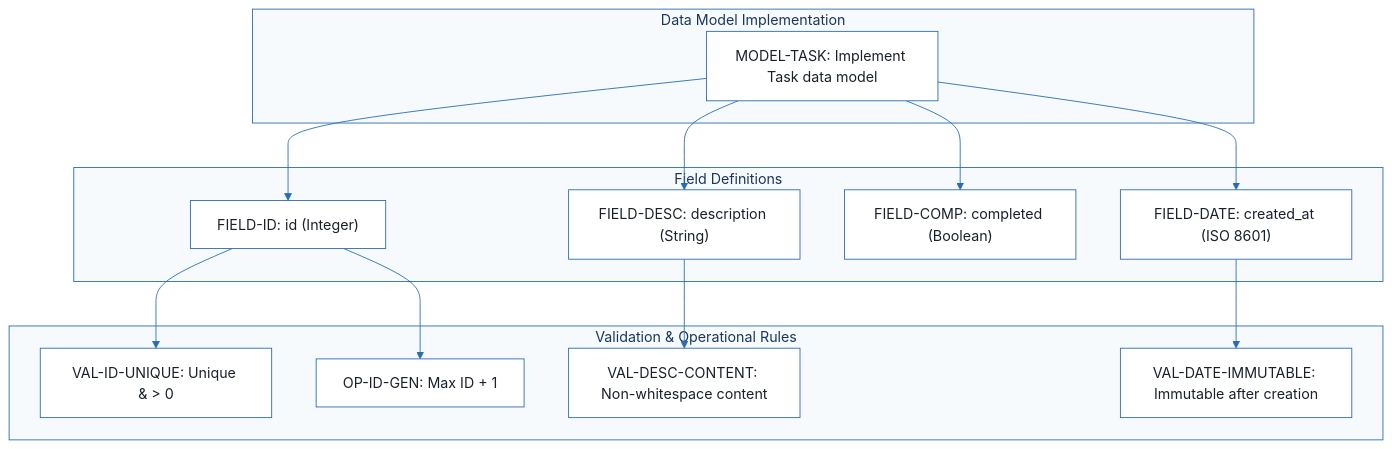
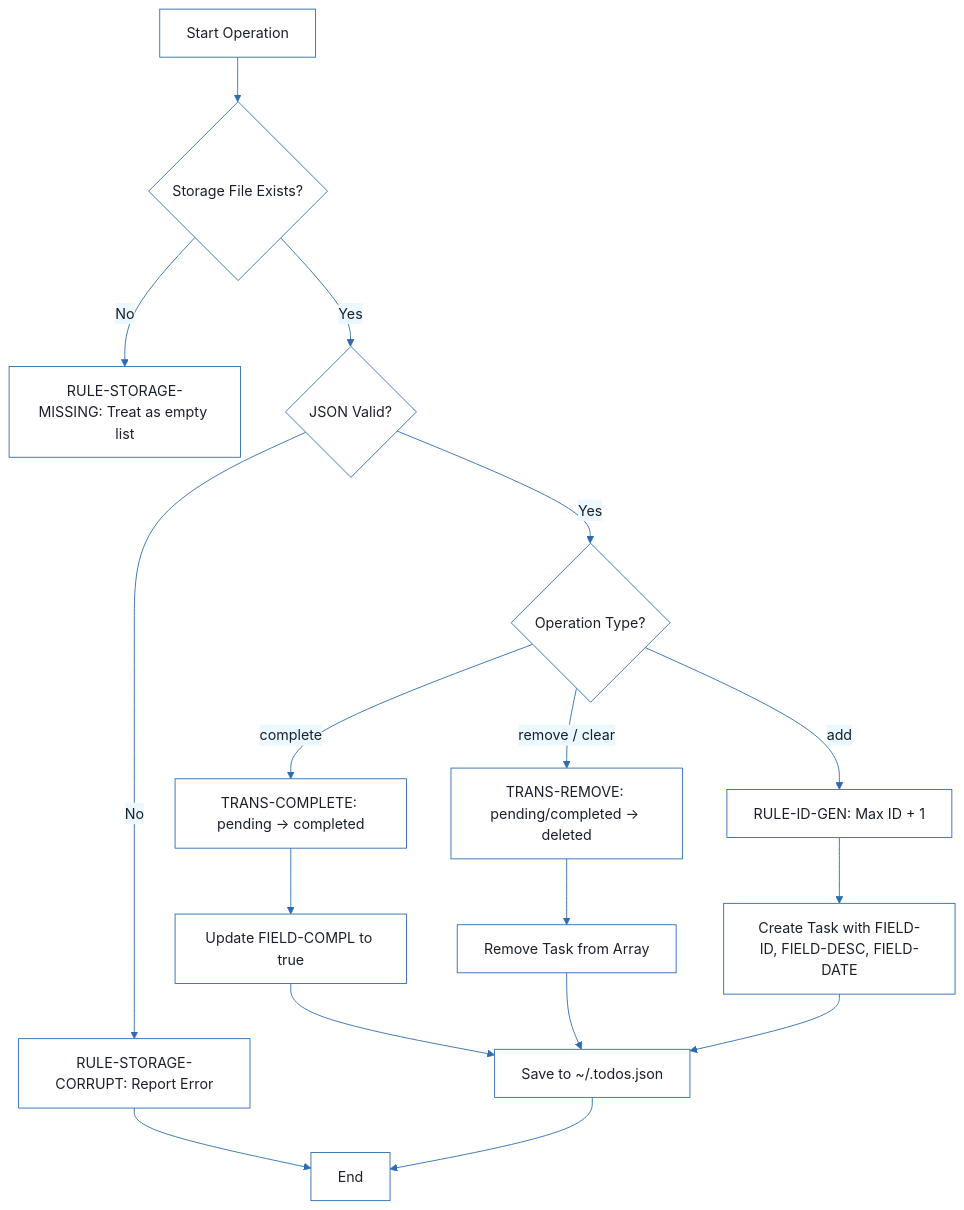
One commit to abir-ommezzine/extension-github-spec-kit changed the fifth of 7 diagrams in outputs/001-cli-todo-manager/markdowns/data-model_v1.0_doc.md. Above: the diagram before and after it, drawn with Mermaid. The commit also changed other lines of this file and 145 other files, not shown here.

````diff
--- a/outputs/001-cli-todo-manager/markdowns/data-model_v1.0_doc.md
+++ b/outputs/001-cli-todo-manager/markdowns/data-model_v1.0_doc.md
@@ -339,69 +379,62 @@
 ```mermaid
 %%{init: {
   'theme': 'base',
   'themeVariables': {
     'primaryColor': '#1A365D',
     'primaryTextColor': '#1A202C',
     'primaryBorderColor': '#2B6CB0',
     'lineColor': '#2B6CB0',
     'secondaryColor': '#EBF8FF',
     'tertiaryColor': '#EBF8FF',
     'background': '#FFFFFF',
     'mainBkg': '#FFFFFF',
     'secondBkg': '#EBF8FF',
     'tertiaryBkg': '#F7FAFC',
     'secondaryTextColor': '#4A5568',
     'fontSize': '16px',
     'fontFamily': 'Inter, system-ui, sans-serif',
     'nodePadding': '15px',
     'borderRadius': '8px',
     'edgeLabelBackground': '#EBF8FF',
     'clusterBkg': '#F7FAFC',
     'clusterBorder': '#2B6CB0',
     'defaultLinkColor': '#2B6CB0',
     'titleColor': '#1A365D',
     'actorBorder': '#2B6CB0',
     'actorBkg': '#EBF8FF',
     'actorTextColor': '#1A365D',
     'actorLineColor': '#2B6CB0',
     'signalColor': '#2B6CB0',
     'signalTextColor': '#1A202C',
     'labelBoxBorderColor': '#2B6CB0',
     'labelBoxBkgColor': '#EBF8FF',
     'labelTextColor': '#1A202C',
     'loopTextColor': '#1A202C',
     'arrowHeadColor': '#2B6CB0',
     'sequenceNumberColor': '#1A365D',
     'sequenceActorBorder': '#2B6CB0',
     'sequenceActorBkg': '#EBF8FF',
     'sequenceArrowColor': '#2B6CB0',
     'noteBkgColor': '#FFF5EB',
     'noteBorderColor': '#DD6B20',
     'noteTextColor': '#1A202C'
   }
 }}%%
 flowchart TD
-    subgraph Model_Implementation [Data Model Implementation]
-        MODEL-TASK["MODEL-TASK: Implement Task data model"]
-    end
-    subgraph Fields [Field Definitions]
-        FIELD-ID["FIELD-ID: id (Integer)"]
-        FIELD-DESC["FIELD-DESC: description (String)"]
-        FIELD-COMP["FIELD-COMP: completed (Boolean)"]
-        FIELD-DATE["FIELD-DATE: created_at (ISO 8601)"]
-    end
-    subgraph Constraints [Validation & Operational Rules]
-        VAL-ID-UNIQUE["VAL-ID-UNIQUE: Unique & > 0"]
-        OP-ID-GEN["OP-ID-GEN: Max ID + 1"]
-        VAL-DESC-CONTENT["VAL-DESC-CONTENT: Non-whitespace content"]
-        VAL-DATE-IMMUTABLE["VAL-DATE-IMMUTABLE: Immutable after creation"]
-    end
-    MODEL-TASK --> FIELD-ID
-    MODEL-TASK --> FIELD-DESC
-    MODEL-TASK --> FIELD-COMP
-    MODEL-TASK --> FIELD-DATE
-    FIELD-ID --> VAL-ID-UNIQUE
-    FIELD-ID --> OP-ID-GEN
-    FIELD-DESC --> VAL-DESC-CONTENT
-    FIELD-DATE --> VAL-DATE-IMMUTABLE
+    START["Start Operation"] --> LOAD_FILE{"Storage File Exists?"}
+    LOAD_FILE -- "No" --> RULE-STORAGE-MISSING["RULE-STORAGE-MISSING: Treat as empty list"]
+    LOAD_FILE -- "Yes" --> VALIDATE_JSON{"JSON Valid?"}
+    VALIDATE_JSON -- "No" --> RULE-STORAGE-CORRUPT["RULE-STORAGE-CORRUPT: Report Error"]
+    RULE-STORAGE-CORRUPT --> END["End"]
+    VALIDATE_JSON -- "Yes" --> OP_TYPE{"Operation Type?"}
+    OP_TYPE -- "complete <id>" --> TRANS-COMPLETE["TRANS-COMPLETE: pending -> completed"]
+    OP_TYPE -- "remove <id> / clear" --> TRANS-REMOVE["TRANS-REMOVE: pending/completed -> deleted"]
+    OP_TYPE -- "add <desc>" --> RULE-ID-GEN["RULE-ID-GEN: Max ID + 1"]
+    TRANS-COMPLETE --> UPDATE_FIELD["Update FIELD-COMPL to true"]
+    TRANS-REMOVE --> DELETE_TASK["Remove Task from Array"]
+    RULE-ID-GEN --> CREATE_TASK["Create Task with FIELD-ID, FIELD-DESC, FIELD-DATE"]
+    UPDATE_FIELD --> SAVE["Save to ~/.todos.json"]
+    DELETE_TASK --> SAVE
+    CREATE_TASK --> SAVE
+    SAVE --> END
 ```
````
